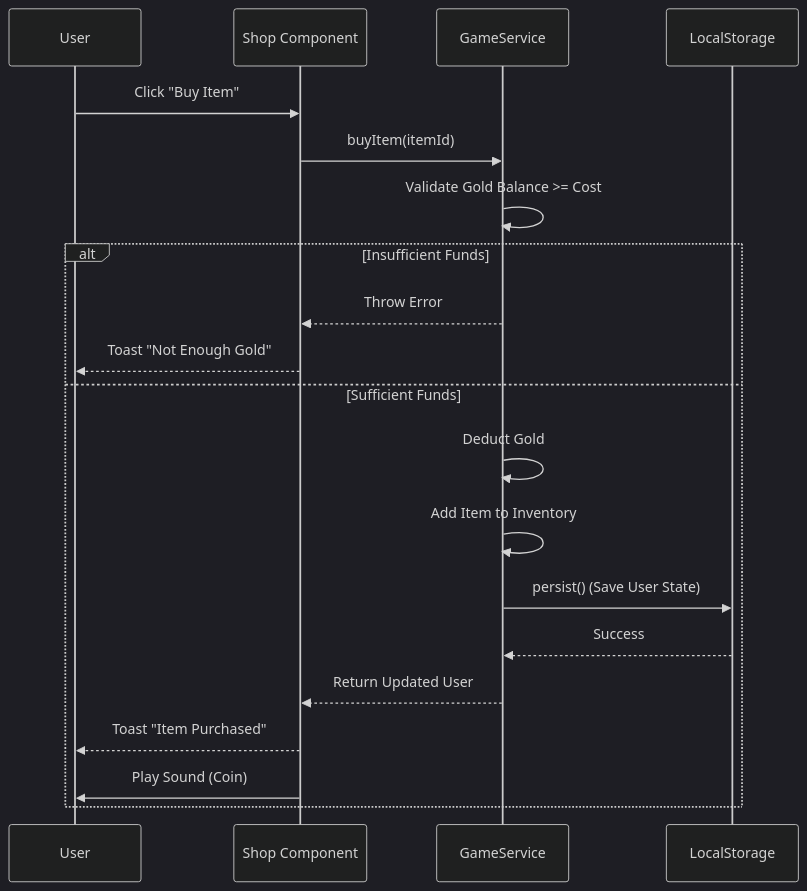
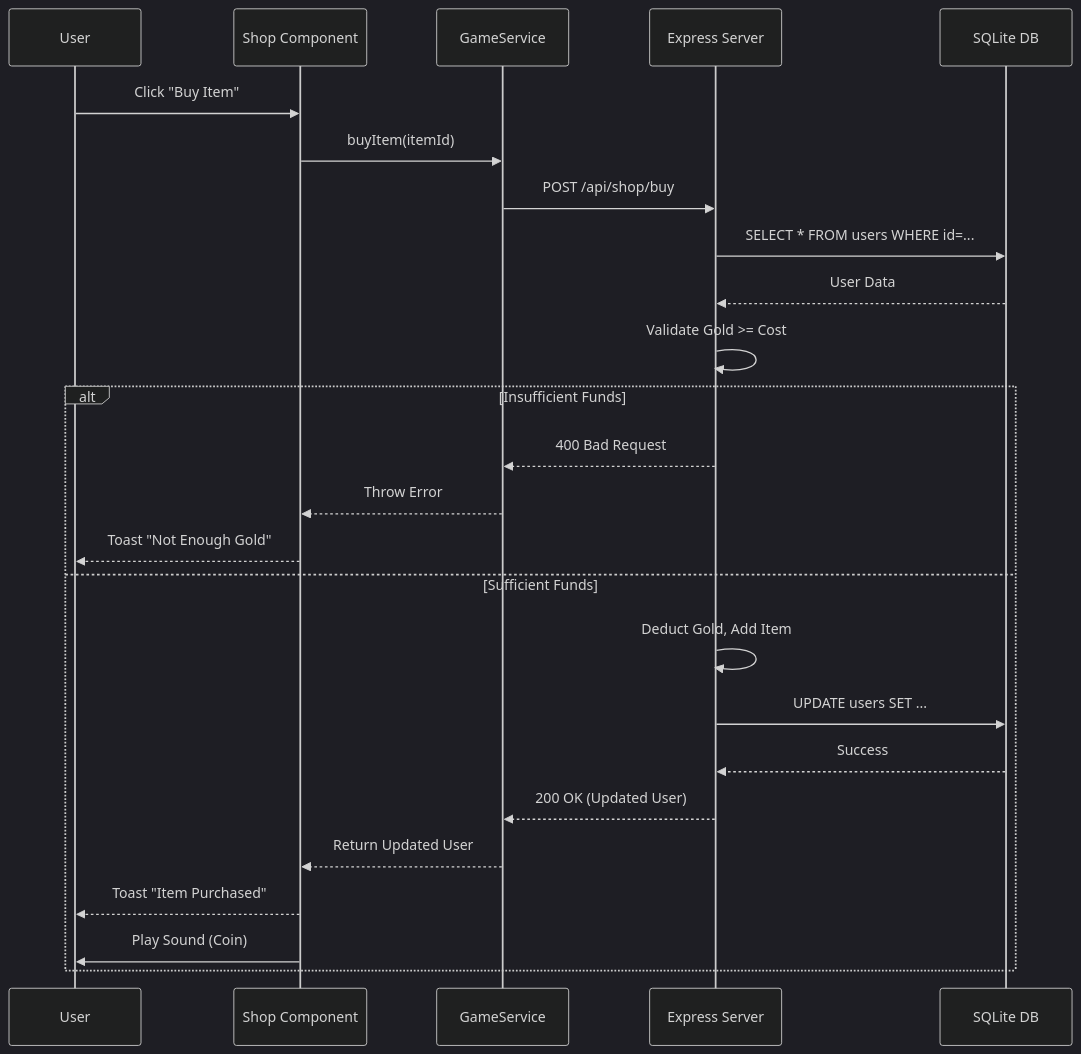
One commit to Golgrax/gOwOrk changed the first of 2 diagrams in docs/06_Software_Model_Design.md. Above: the diagram before and after it, drawn with Mermaid (dark theme). The commit also changed other lines of this file and 5 other files, not shown here.

First line of the commit message:
feat: Implement full-stack architecture with Node.js backend

````diff
--- a/docs/06_Software_Model_Design.md
+++ b/docs/06_Software_Model_Design.md
@@ -12,23 +12,28 @@
 ```mermaid
 sequenceDiagram
     participant U as User
     participant UI as Shop Component
-    participant S as GameService
-    participant DB as LocalStorage
+    participant API as GameService
+    participant Server as Express Server
+    participant DB as SQLite DB
 
     U->>UI: Click "Buy Item"
-    UI->>S: buyItem(itemId)
-    S->>S: Validate Gold Balance >= Cost
+    UI->>API: buyItem(itemId)
+    API->>Server: POST /api/shop/buy
+    Server->>DB: SELECT * FROM users WHERE id=...
+    DB-->>Server: User Data
+    Server->>Server: Validate Gold >= Cost
     alt Insufficient Funds
-        S-->>UI: Throw Error
+        Server-->>API: 400 Bad Request
+        API-->>UI: Throw Error
         UI-->>U: Toast "Not Enough Gold"
     else Sufficient Funds
-        S->>S: Deduct Gold
-        S->>S: Add Item to Inventory
-        S->>DB: persist() (Save User State)
-        DB-->>S: Success
-        S-->>UI: Return Updated User
+        Server->>Server: Deduct Gold, Add Item
+        Server->>DB: UPDATE users SET ...
+        DB-->>Server: Success
+        Server-->>API: 200 OK (Updated User)
+        API-->>UI: Return Updated User
         UI-->>U: Toast "Item Purchased"
         UI->>U: Play Sound (Coin)
     end
 ```
````
